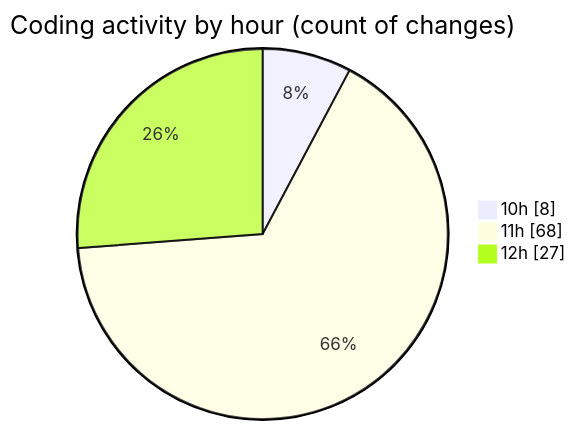
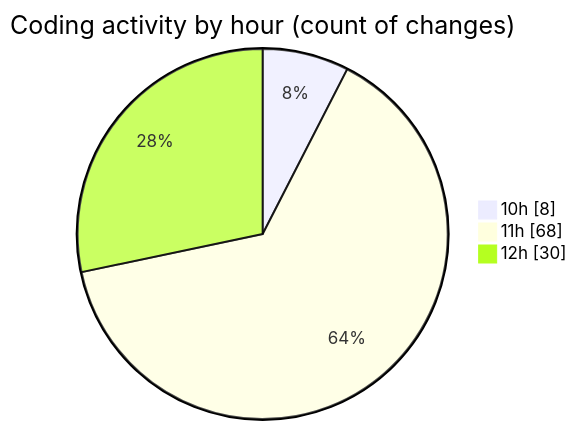
One commit to nxtqubesakshisongat/code-tracking changed the second of 2 diagrams in 2025-08-22/nxtqube_webapp/README.md. Above: the diagram before and after it, drawn with Mermaid. The commit also changed other lines of this file and 1 other file, not shown here.

````diff
--- a/2025-08-22/nxtqube_webapp/README.md
+++ b/2025-08-22/nxtqube_webapp/README.md
@@ -28,7 +28,7 @@
 ```mermaid
 pie showData
 title Coding activity by hour (count of changes)
 "10h" : 8
 "11h" : 68
-"12h" : 27
+"12h" : 30
 ```
````
